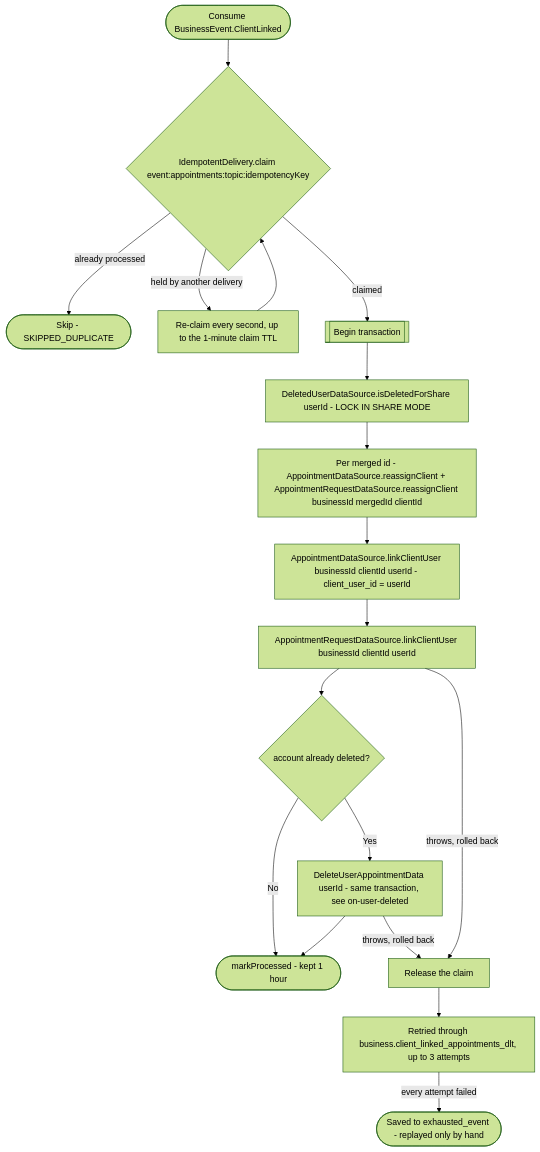
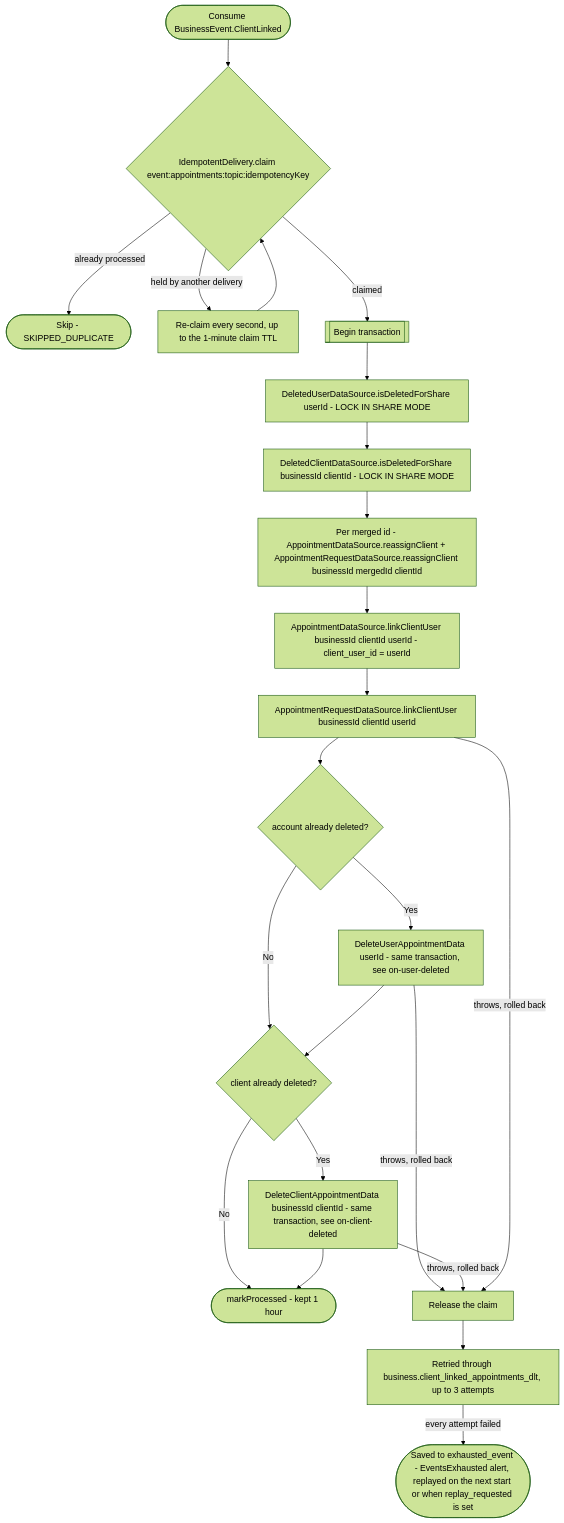
Before and after one commit to nocturneproperties/bookkme: the diagram in docs/operations/appointments/on-client-linked.md, drawn with Mermaid (forest theme). The commit also changed other lines of this file and 49 other files, not shown here.

Commit message:
[ISSUE-129] allow business to delete clients

````diff
--- a/docs/operations/appointments/on-client-linked.md
+++ b/docs/operations/appointments/on-client-linked.md
@@ -46,19 +54,24 @@
 ```mermaid
 flowchart TD
     Start([Consume BusinessEvent.ClientLinked]) --> Claim{"IdempotentDelivery.claim event:appointments:topic:idempotencyKey"}
     Claim -- already processed --> Skip([Skip - SKIPPED_DUPLICATE])
     Claim -- held by another delivery --> Wait[Re-claim every second, up to the 1-minute claim TTL] --> Claim
     Claim -- claimed --> Tx[[Begin transaction]]
     Tx --> Deleted["DeletedUserDataSource.isDeletedForShare userId - LOCK IN SHARE MODE"]
-    Deleted --> Move["Per merged id - AppointmentDataSource.reassignClient + AppointmentRequestDataSource.reassignClient businessId mergedId clientId"]
+    Deleted --> ClientDeleted["DeletedClientDataSource.isDeletedForShare businessId clientId - LOCK IN SHARE MODE"]
+    ClientDeleted --> Move["Per merged id - AppointmentDataSource.reassignClient + AppointmentRequestDataSource.reassignClient businessId mergedId clientId"]
     Move --> LinkA["AppointmentDataSource.linkClientUser businessId clientId userId - client_user_id = userId"]
     LinkA --> LinkR["AppointmentRequestDataSource.linkClientUser businessId clientId userId"]
     LinkR --> Was{account already deleted?}
-    Was -- No --> Processed([markProcessed - kept 1 hour])
+    Was -- No --> WasClient
     Was -- Yes --> Erase["DeleteUserAppointmentData userId - same transaction, see on-user-deleted"]
-    Erase --> Processed
+    Erase --> WasClient{client already deleted?}
+    WasClient -- No --> Processed([markProcessed - kept 1 hour])
+    WasClient -- Yes --> EraseClient["DeleteClientAppointmentData businessId clientId - same transaction, see on-client-deleted"]
+    EraseClient --> Processed
     Erase -- throws, rolled back --> Release[Release the claim]
+    EraseClient -- throws, rolled back --> Release
     LinkR -- throws, rolled back --> Release
     Release --> Dlt["Retried through business.client_linked_appointments_dlt, up to 3 attempts"]
-    Dlt -- every attempt failed --> Parked([Saved to exhausted_event - replayed only by hand])
+    Dlt -- every attempt failed --> Parked(["Saved to exhausted_event - EventsExhausted alert, replayed on the next start or when replay_requested is set"])
 ```
````
